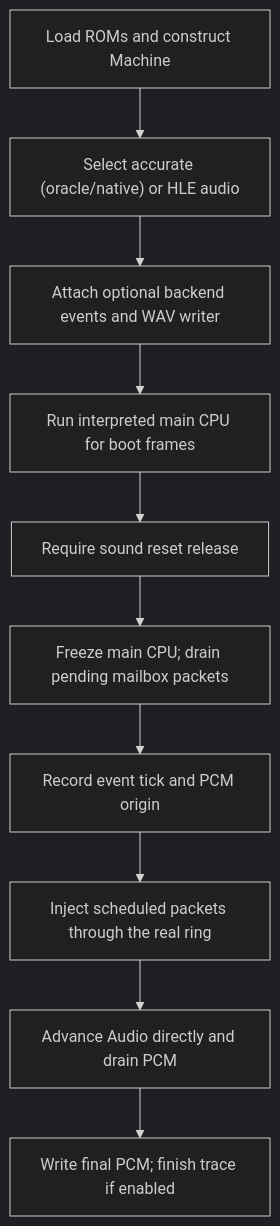
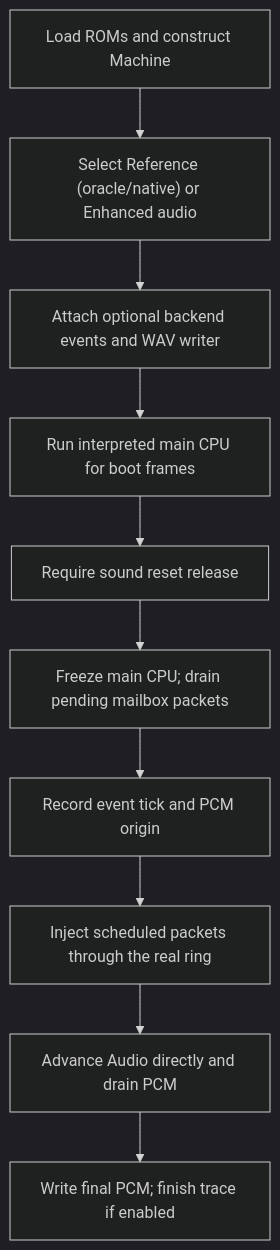
Before and after one commit to ansxor/f3-recomp: the diagram in docs/site/developer/runtime/audio/extraction.md, drawn with Mermaid (dark theme). The commit also changed other lines of this file and 319 other files, not shown here.

````diff
--- a/docs/site/developer/runtime/audio/extraction.md
+++ b/docs/site/developer/runtime/audio/extraction.md
@@ -11,12 +11,12 @@
 ```mermaid
 flowchart TD
-    A["Load ROMs and construct Machine"] --> B["Select accurate (oracle/native) or HLE audio"]
+    A["Load ROMs and construct Machine"] --> B["Select Reference (oracle/native) or Enhanced audio"]
     B --> C["Attach optional backend events and WAV writer"]
     C --> D["Run interpreted main CPU for boot frames"]
     D --> E["Require sound reset release"]
     E --> F["Freeze main CPU; drain pending mailbox packets"]
     F --> G["Record event tick and PCM origin"]
     G --> H["Inject scheduled packets through the real ring"]
     H --> I["Advance Audio directly and drain PCM"]
     I --> J["Write final PCM; finish trace if enabled"]
 ```
````
